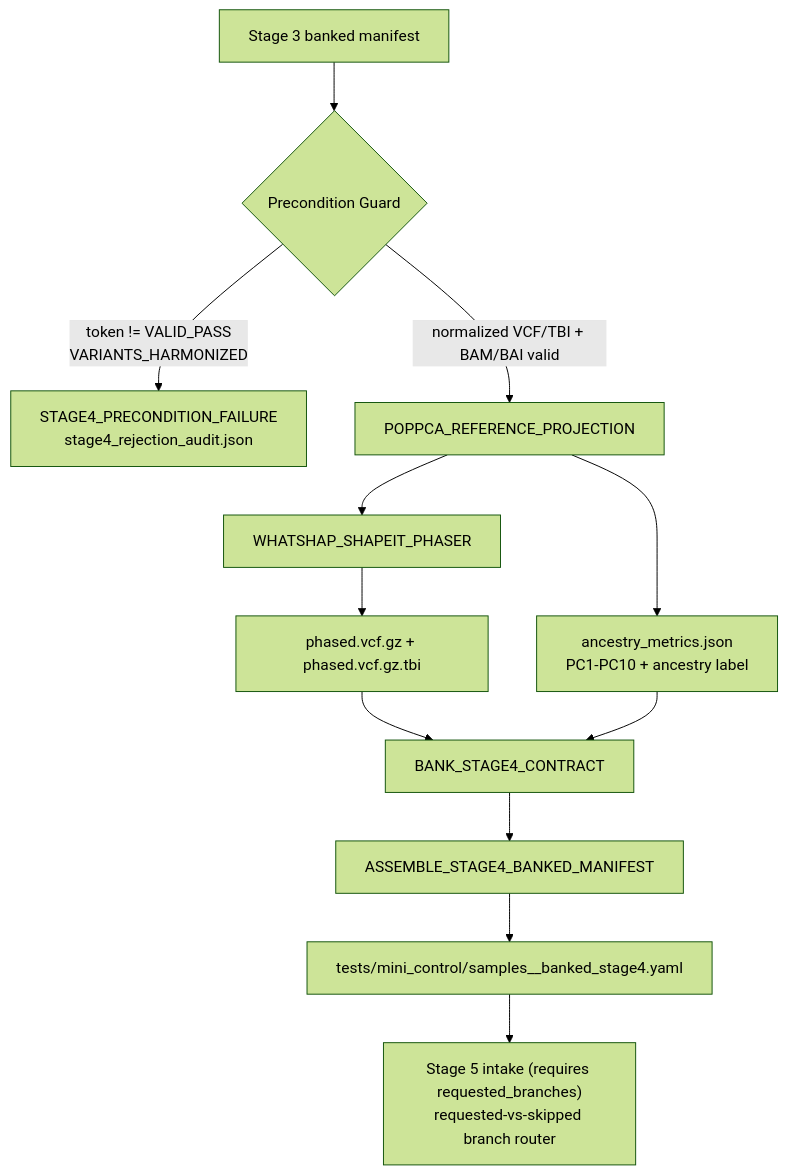
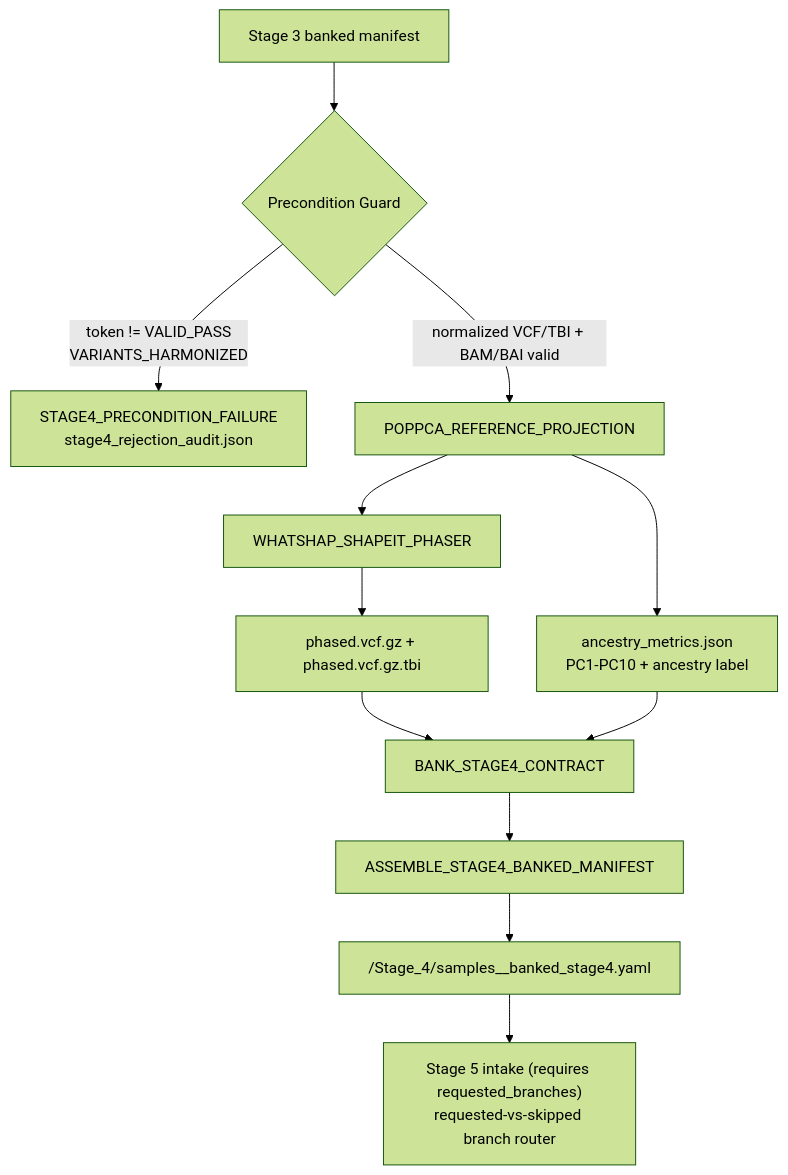
The diagram in Stage_4_Ancestry_Phasing_Highway/README.md (jmorganknight/nf_Gen_Var_Pipe), drawn with Mermaid (forest theme) before and after one commit. The commit also changed other lines of this file and 13 other files, not shown here.

````diff
--- a/Stage_4_Ancestry_Phasing_Highway/README.md
+++ b/Stage_4_Ancestry_Phasing_Highway/README.md
@@ -29,14 +29,14 @@
 ```mermaid
 flowchart TD
     A["Stage 3 banked manifest"] --> B{"Precondition Guard"}
     B -->|token != VALID_PASS\nVARIANTS_HARMONIZED| R["STAGE4_PRECONDITION_FAILURE\nstage4_rejection_audit.json"]
     B -->|normalized VCF/TBI + BAM/BAI valid| C["POPPCA_REFERENCE_PROJECTION"]
     C --> D["ancestry_metrics.json\nPC1-PC10 + ancestry label"]
     C --> E["WHATSHAP_SHAPEIT_PHASER"]
     E --> F["phased.vcf.gz + phased.vcf.gz.tbi"]
     F --> G["BANK_STAGE4_CONTRACT"]
     D --> G
     G --> H["ASSEMBLE_STAGE4_BANKED_MANIFEST"]
-    H --> I["tests/mini_control/samples_<sample_id>_banked_stage4.yaml"]
+    H --> I["<outdir>/Stage_4/samples_<sample_id>_banked_stage4.yaml"]
     I --> J["Stage 5 intake (requires requested_branches)\nrequested-vs-skipped branch router"]
 ```
````
